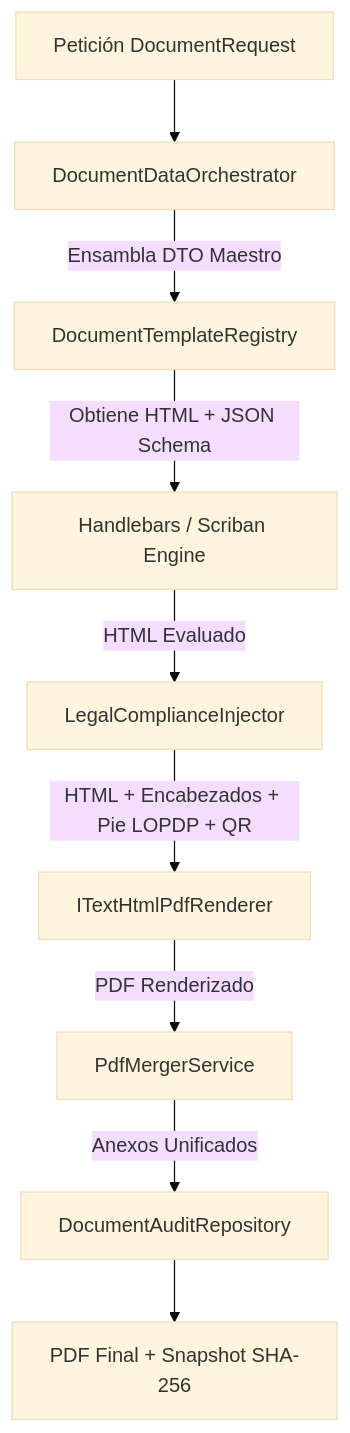
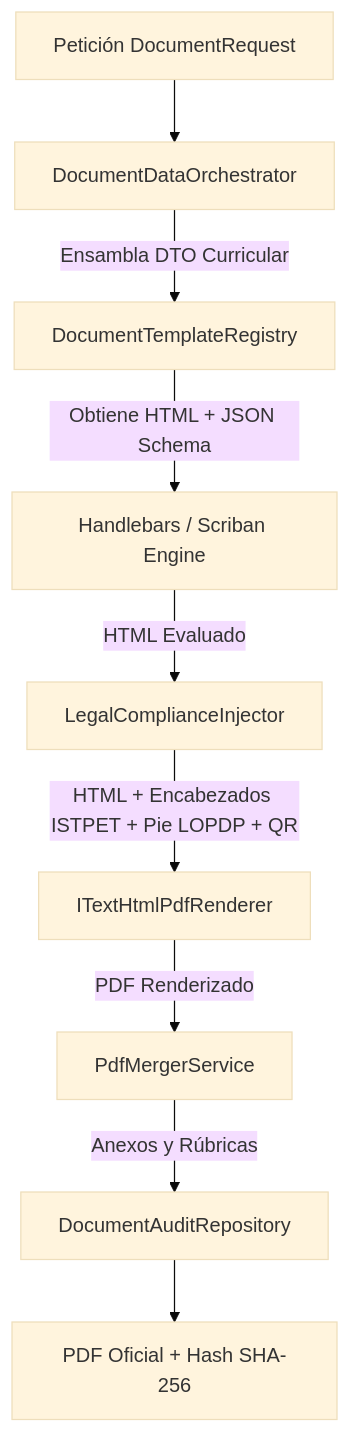
The first of 2 diagrams in docs/documentacion/03-motores-especializados/01-motor-documental-pdf.md (JorgeDoicela/dosier), drawn with Mermaid (base theme) before and after one commit. The commit also changed other lines of this file and 29 other files, not shown here.

````diff
--- a/docs/documentacion/03-motores-especializados/01-motor-documental-pdf.md
+++ b/docs/documentacion/03-motores-especializados/01-motor-documental-pdf.md
@@ -15,11 +19,11 @@
 ```mermaid
 graph TD
     Req[Petición DocumentRequest] --> DataOrchestrator[DocumentDataOrchestrator]
-    DataOrchestrator -->|Ensambla DTO Maestro| TemplateRegistry[DocumentTemplateRegistry]
+    DataOrchestrator -->|Ensambla DTO Curricular| TemplateRegistry[DocumentTemplateRegistry]
     TemplateRegistry -->|Obtiene HTML + JSON Schema| TemplateEngine[Handlebars / Scriban Engine]
     TemplateEngine -->|HTML Evaluado| LegalInjector[LegalComplianceInjector]
-    LegalInjector -->|HTML + Encabezados + Pie LOPDP + QR| PDFRenderer[ITextHtmlPdfRenderer]
+    LegalInjector -->|HTML + Encabezados ISTPET + Pie LOPDP + QR| PDFRenderer[ITextHtmlPdfRenderer]
     PDFRenderer -->|PDF Renderizado| PDFMerger[PdfMergerService]
-    PDFMerger -->|Anexos Unificados| AuditRepo[DocumentAuditRepository]
-    AuditRepo --> OutputPDF[PDF Final + Snapshot SHA-256]
+    PDFMerger -->|Anexos y Rúbricas| AuditRepo[DocumentAuditRepository]
+    AuditRepo --> OutputPDF[PDF Oficial + Hash SHA-256]
 ```
````
